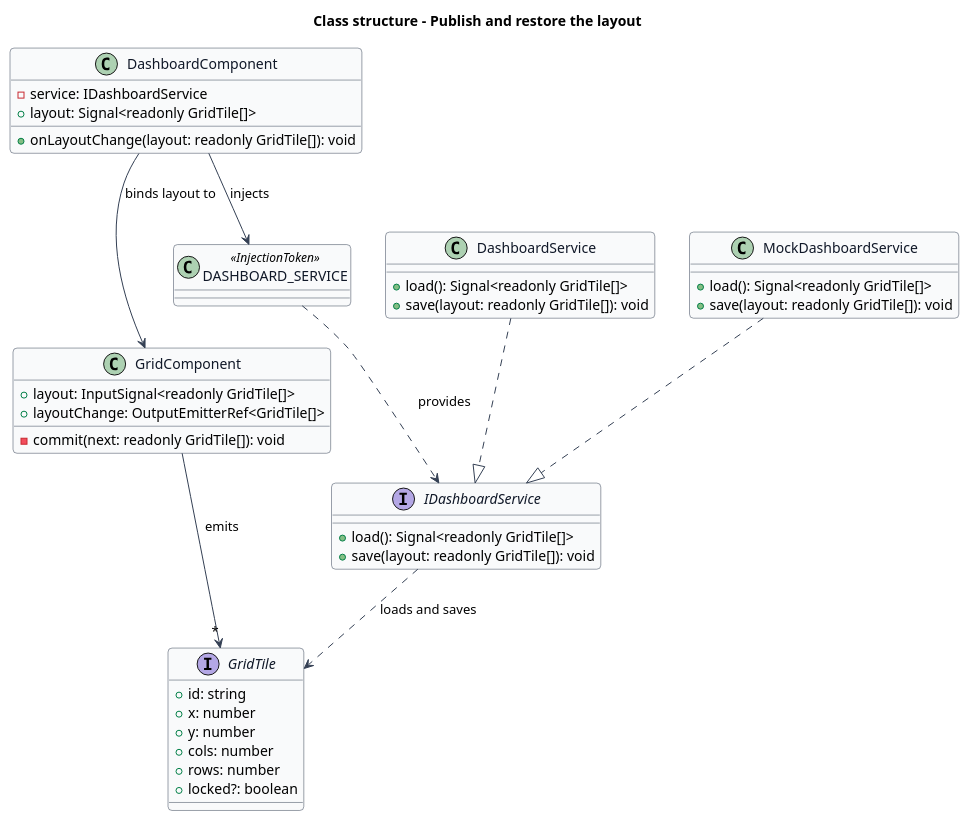
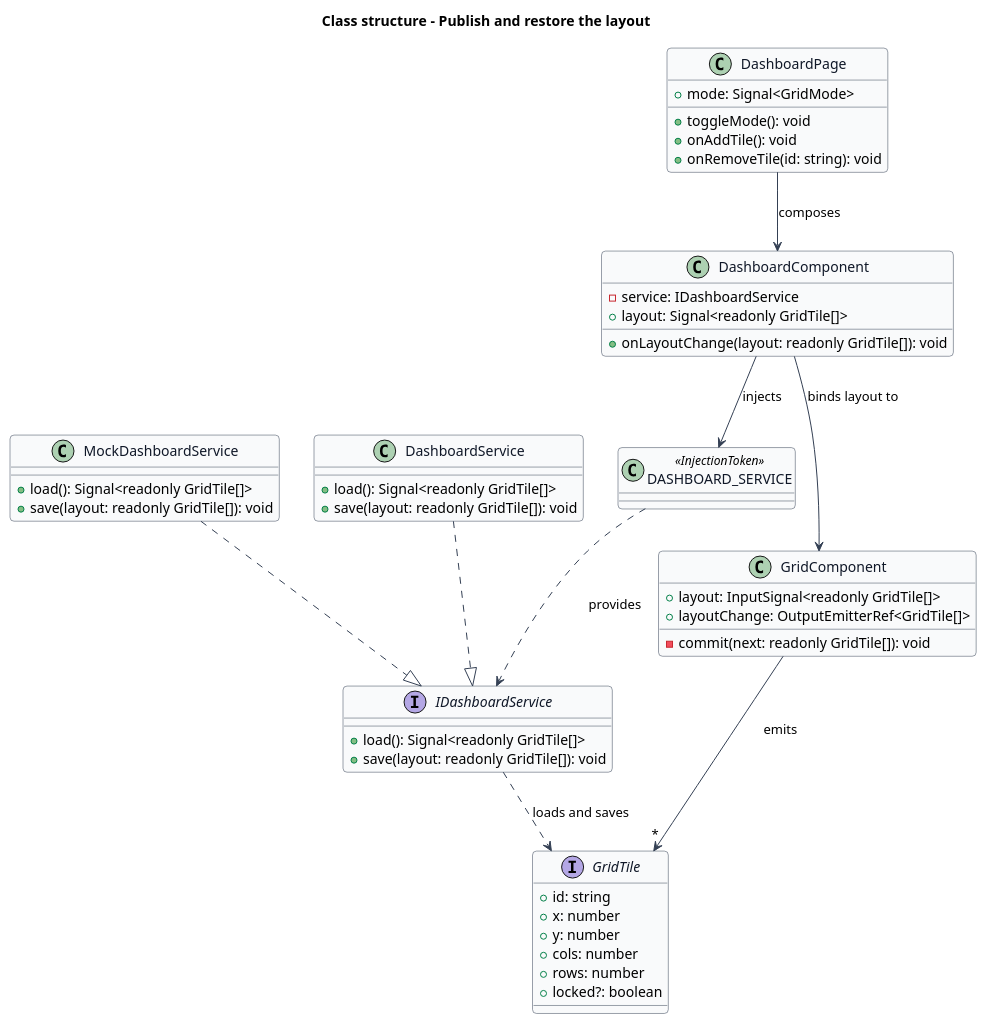
One commit to QuinntyneBrown/qbc-grid changed the diagram in docs/detailed-designs/grid-layout/publish-and-restore-layout/diagrams/class-structure.puml. Above: the diagram before and after it, drawn with PlantUML. The commit also changed 2 other files, not shown here.

```diff
--- a/docs/detailed-designs/grid-layout/publish-and-restore-layout/diagrams/class-structure.puml
+++ b/docs/detailed-designs/grid-layout/publish-and-restore-layout/diagrams/class-structure.puml
@@ -1,62 +1,70 @@
 @startuml
 ' --- shared skin header ---
 skinparam backgroundColor #FFFFFF
 skinparam shadowing false
 skinparam roundcorner 8
 skinparam defaultFontName Arial
 skinparam ArrowColor #344054
 skinparam class {
   BorderColor #344054
   FontColor #101828
   BackgroundColor #F9FAFB
 }
 ' --------------------------
 title Class structure - Publish and restore the layout
 
 interface GridTile {
   +id: string
   +x: number
   +y: number
   +cols: number
   +rows: number
   +locked?: boolean
 }
 
 class GridComponent {
   +layout: InputSignal<readonly GridTile[]>
   +layoutChange: OutputEmitterRef<GridTile[]>
   -commit(next: readonly GridTile[]): void
 }
 
 interface IDashboardService {
   +load(): Signal<readonly GridTile[]>
   +save(layout: readonly GridTile[]): void
 }
 
 class DashboardService {
   +load(): Signal<readonly GridTile[]>
   +save(layout: readonly GridTile[]): void
 }
 
 class MockDashboardService {
   +load(): Signal<readonly GridTile[]>
   +save(layout: readonly GridTile[]): void
 }
 
+class DashboardPage {
+  +mode: Signal<GridMode>
+  +toggleMode(): void
+  +onAddTile(): void
+  +onRemoveTile(id: string): void
+}
+
 class DashboardComponent {
   -service: IDashboardService
   +layout: Signal<readonly GridTile[]>
   +onLayoutChange(layout: readonly GridTile[]): void
 }
 
 class DASHBOARD_SERVICE <<InjectionToken>> {
 }
 
 DashboardService ..|> IDashboardService
 MockDashboardService ..|> IDashboardService
 DASHBOARD_SERVICE ..> IDashboardService : provides
+DashboardPage --> DashboardComponent : composes
 DashboardComponent --> DASHBOARD_SERVICE : injects
 DashboardComponent --> GridComponent : binds layout to
 GridComponent --> "*" GridTile : emits
 IDashboardService ..> GridTile : loads and saves
 @enduml
```
